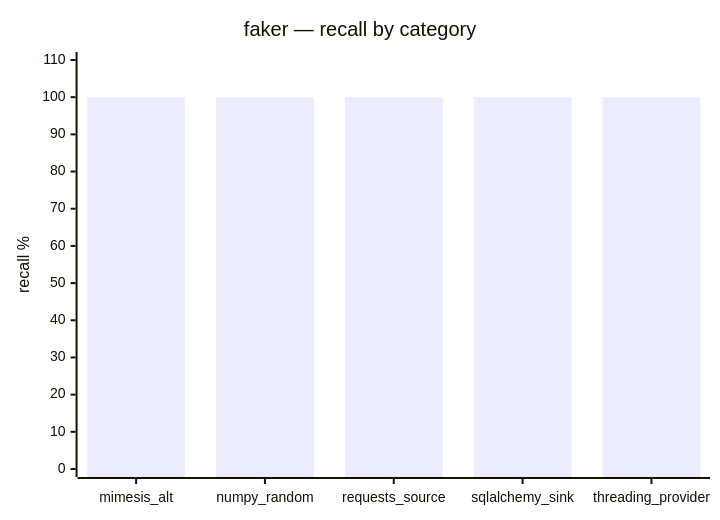
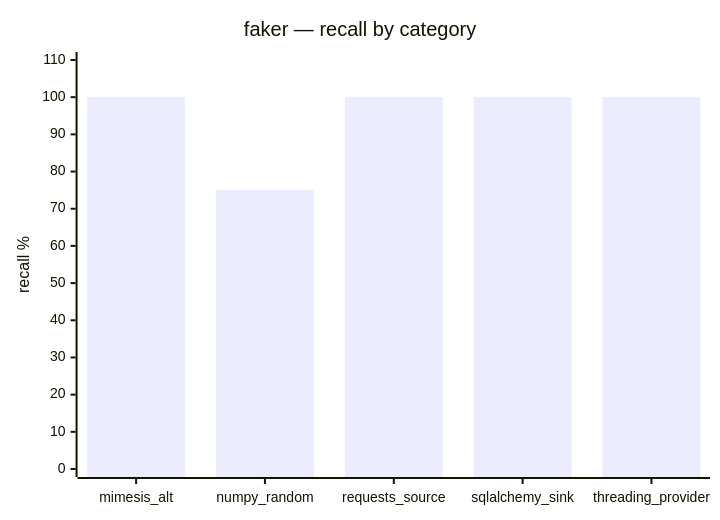
The third of 6 diagrams in benchmarks/results/baseline/latest/report.md (get-tmonier/argot), drawn with Mermaid before and after one commit. The commit also changed other lines of this file and 22 other files, not shown here.

````diff
--- a/benchmarks/results/baseline/latest/report.md
+++ b/benchmarks/results/baseline/latest/report.md
@@ -258,7 +268,7 @@
 ```mermaid
 xychart-beta
     title "faker — recall by category"
     x-axis ["mimesis_alt", "numpy_random", "requests_source", "sqlalchemy_sink", "threading_provider"]
     y-axis "recall %" 0 --> 110
-    bar [100.0, 100.0, 100.0, 100.0, 100.0]
+    bar [100.0, 75.0, 100.0, 100.0, 100.0]
 ```
````
